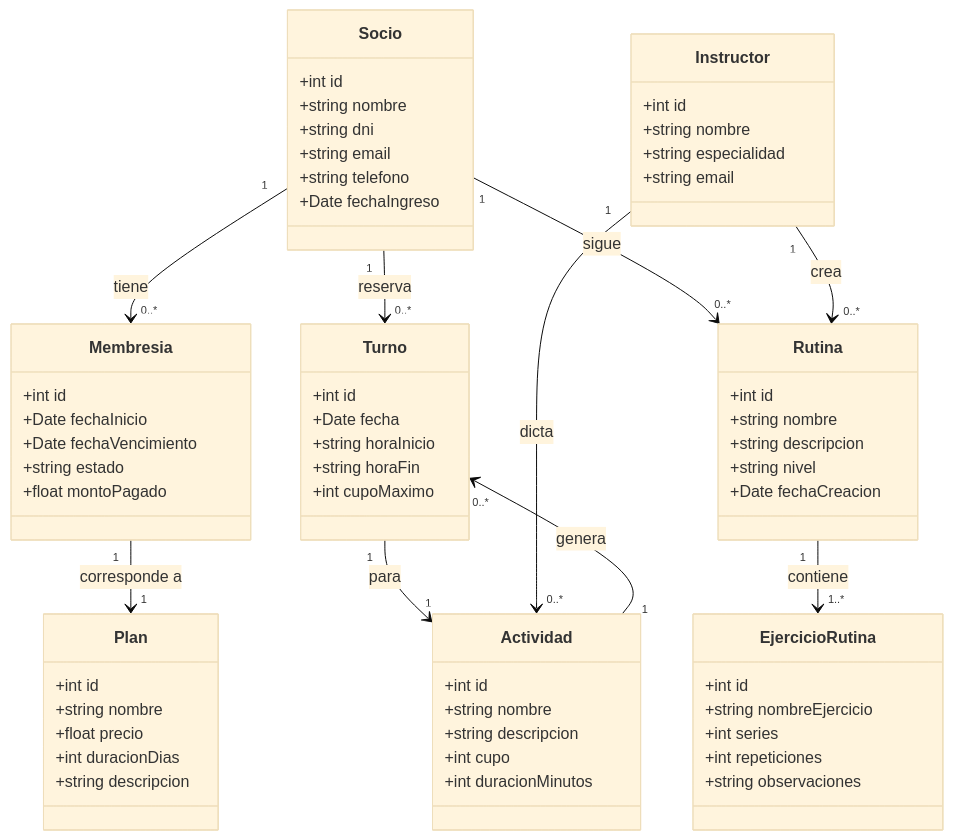
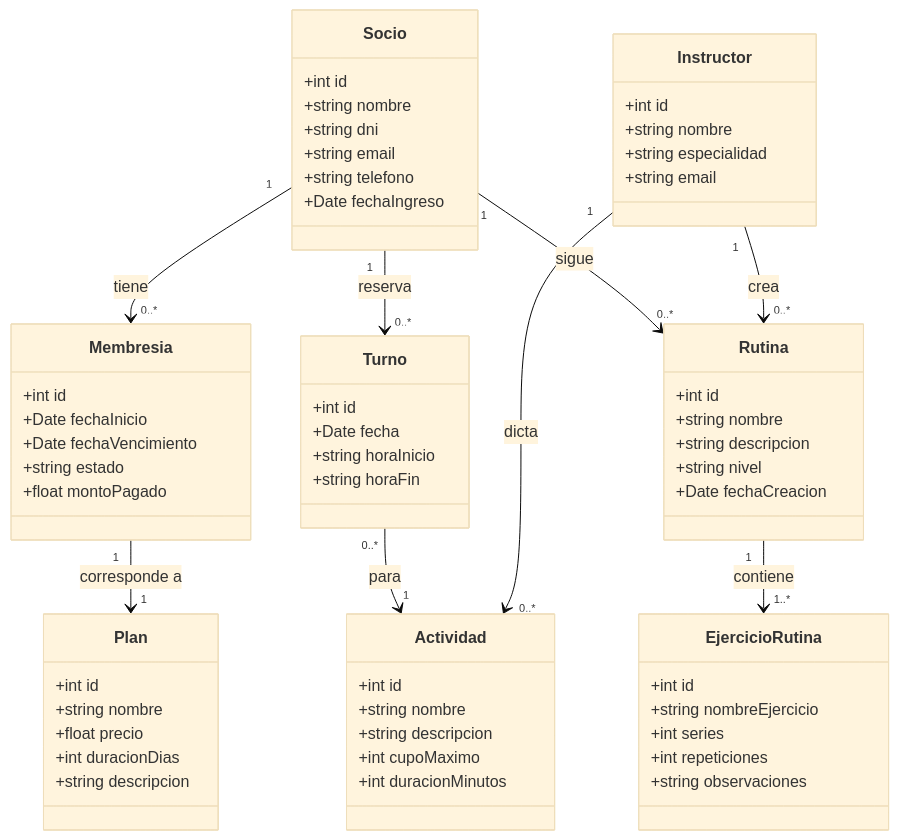
One commit to AlejoMistra/TP-DSW changed the diagram in proposal.md. Above: the diagram before and after it, drawn with Mermaid (base theme). The commit also changed other lines of this file, not shown here.

```diff
--- a/proposal.md
+++ b/proposal.md
@@ -60,7 +60,7 @@
   +int id
   +string nombre
   +string descripcion
-  +int cupo
+  +int cupoMaximo
   +int duracionMinutos
 }
 
@@ -92,7 +92,6 @@
   +Date fecha
   +string horaInicio
   +string horaFin
-  +int cupoMaximo
 }
 
 %% RELACIONES
@@ -101,10 +100,9 @@
 Membresia "1" --> "1" Plan : corresponde a
 
 Socio "1" --> "0..*" Turno : reserva
-Turno "1" --> "1" Actividad : para
+Turno "0..*" --> "1" Actividad : para
 
 Instructor "1" --> "0..*" Actividad : dicta
-Actividad "1" --> "0..*" Turno : genera
 
 Socio "1" --> "0..*" Rutina : sigue
 Rutina "1" --> "1..*" EjercicioRutina : contiene
```
